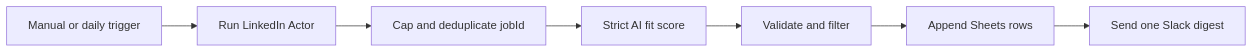
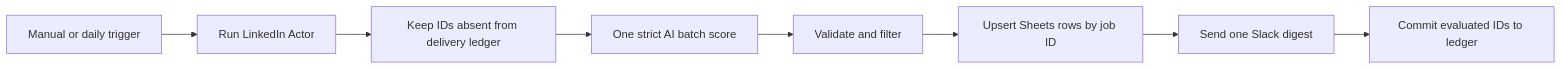
Before and after one commit to annamiy/fetchcat-n8n-workflows: the diagram in workflows/linkedin-job-match-digest/README.md, drawn with Mermaid. The commit also changed other lines of this file and 26 other files, not shown here.

````diff
--- a/workflows/linkedin-job-match-digest/README.md
+++ b/workflows/linkedin-job-match-digest/README.md
@@ -31,9 +38,10 @@
 ```mermaid
 flowchart LR
   T[Manual or daily trigger] --> A[Run LinkedIn Actor]
-  A --> D[Cap and deduplicate jobId]
-  D --> O[Strict AI fit score]
+  A --> D[Keep IDs absent from delivery ledger]
+  D --> O[One strict AI batch score]
   O --> F[Validate and filter]
-  F --> G[Append Sheets rows]
+  F --> G[Upsert Sheets rows by job ID]
   G --> S[Send one Slack digest]
+  S --> L[Commit evaluated IDs to ledger]
 ```
````
